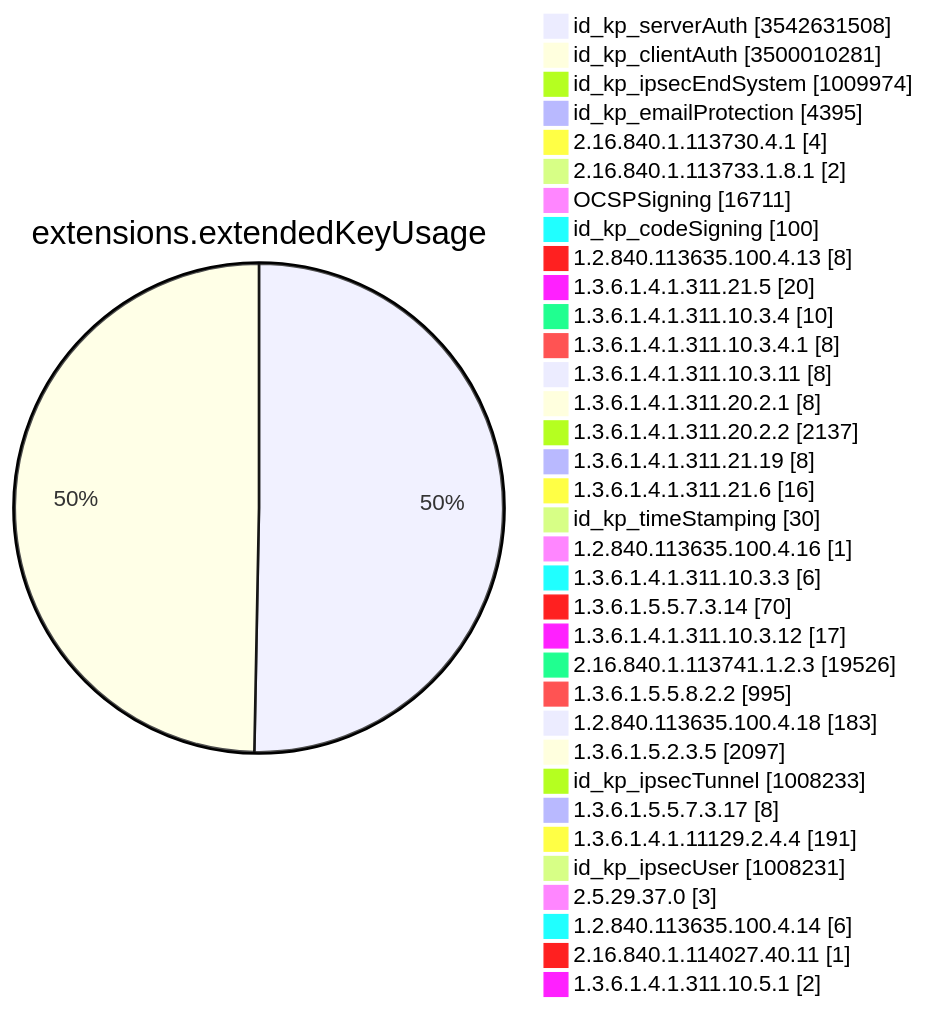
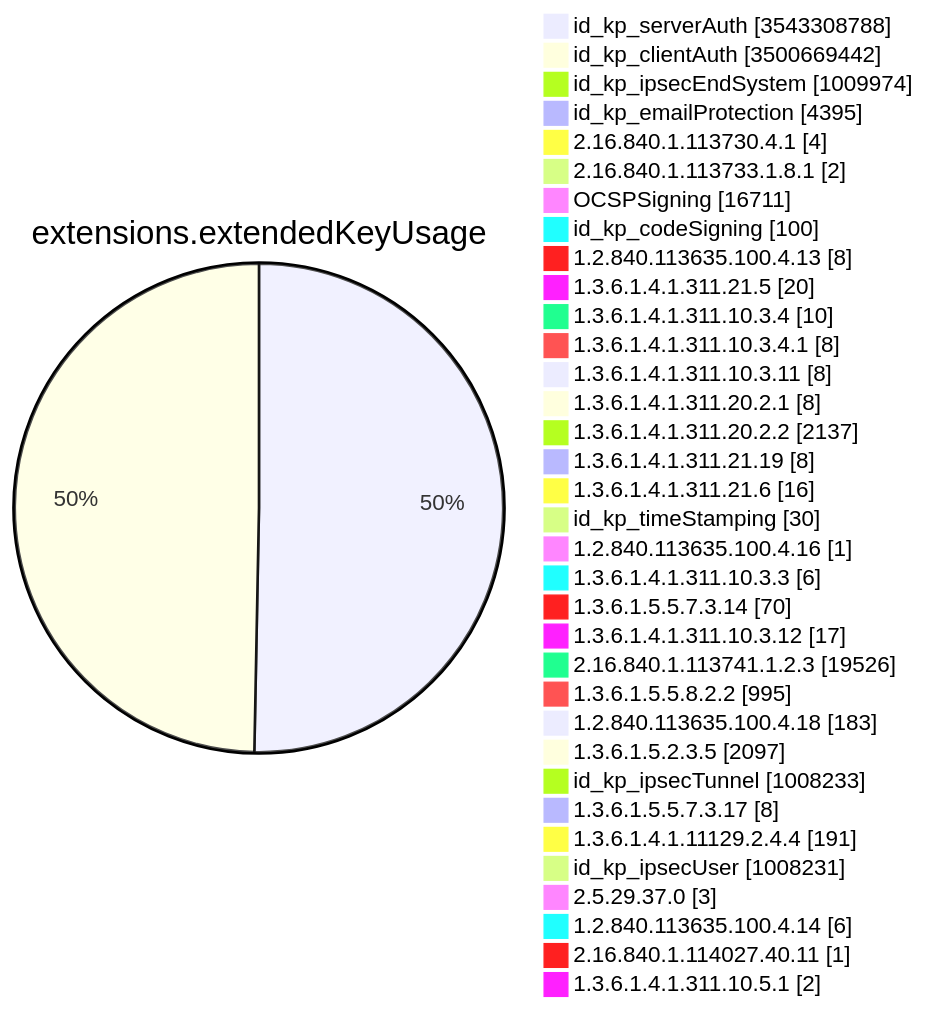
Before and after one commit to christiankrug/ctmonitor_visualization: diagram 11 of 15 in TOTAL/README.md, drawn with Mermaid. The commit also changed other lines of this file, not shown here.

````diff
--- a/TOTAL/README.md
+++ b/TOTAL/README.md
@@ -4127,38 +4127,38 @@
 ```mermaid
 pie showData
 title extensions.extendedKeyUsage
-"id_kp_serverAuth" :3542631508
-"id_kp_clientAuth" :3500010281
+"id_kp_serverAuth" :3543308788
+"id_kp_clientAuth" :3500669442
 "id_kp_ipsecEndSystem" :1009974
 "id_kp_emailProtection" :4395
 "2.16.840.1.113730.4.1" :4
 "2.16.840.1.113733.1.8.1" :2
 "OCSPSigning" :16711
 "id_kp_codeSigning" :100
 "1.2.840.113635.100.4.13" :8
 "1.3.6.1.4.1.311.21.5" :20
 "1.3.6.1.4.1.311.10.3.4" :10
 "1.3.6.1.4.1.311.10.3.4.1" :8
 "1.3.6.1.4.1.311.10.3.11" :8
 "1.3.6.1.4.1.311.20.2.1" :8
 "1.3.6.1.4.1.311.20.2.2" :2137
 "1.3.6.1.4.1.311.21.19" :8
 "1.3.6.1.4.1.311.21.6" :16
 "id_kp_timeStamping" :30
 "1.2.840.113635.100.4.16" :1
 "1.3.6.1.4.1.311.10.3.3" :6
 "1.3.6.1.5.5.7.3.14" :70
 "1.3.6.1.4.1.311.10.3.12" :17
 "2.16.840.1.113741.1.2.3" :19526
 "1.3.6.1.5.5.8.2.2" :995
 "1.2.840.113635.100.4.18" :183
 "1.3.6.1.5.2.3.5" :2097
 "id_kp_ipsecTunnel" :1008233
 "1.3.6.1.5.5.7.3.17" :8
 "1.3.6.1.4.1.11129.2.4.4" :191
 "id_kp_ipsecUser" :1008231
 "2.5.29.37.0" :3
 "1.2.840.113635.100.4.14" :6
 "2.16.840.1.114027.40.11" :1
 "1.3.6.1.4.1.311.10.5.1" :2
 ```
````
